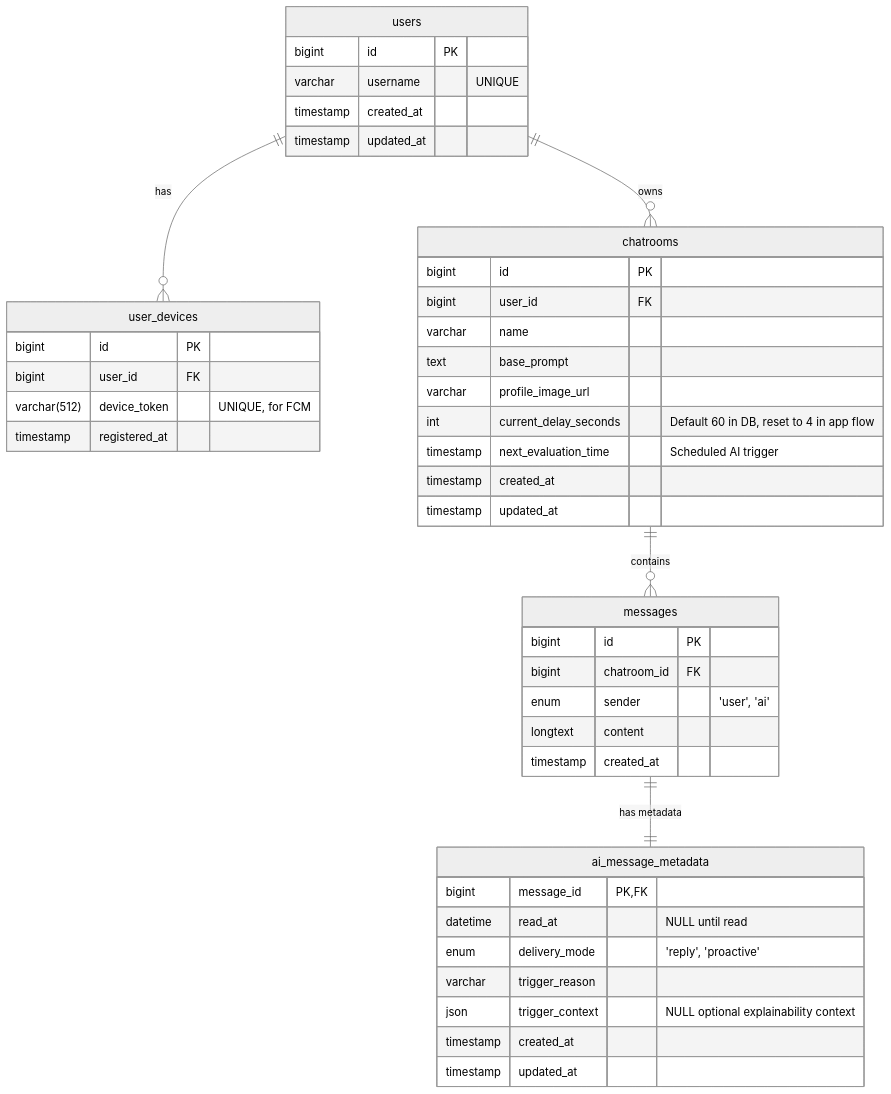
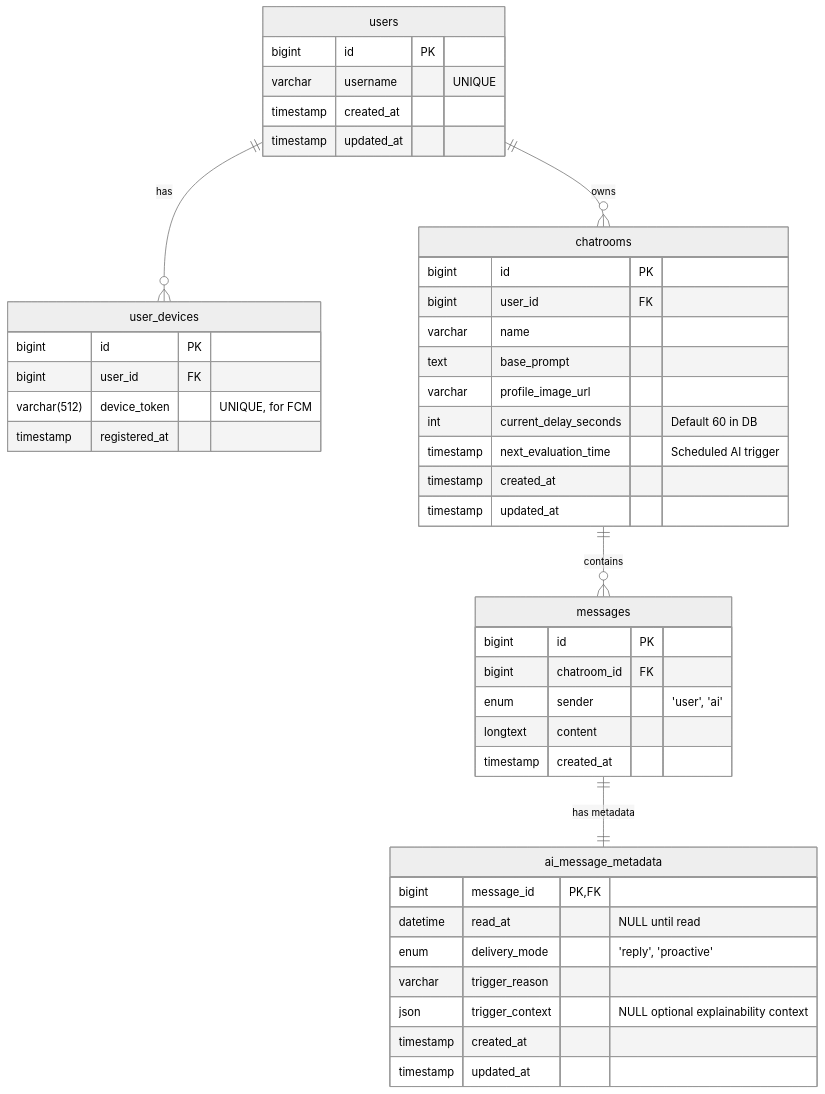
One commit to wndgur2/chatty changed the diagram in documents/SCHEMA.md. Above: the diagram before and after it, drawn with Mermaid (neutral theme). The commit also changed other lines of this file and 6 other files, not shown here.

````diff
--- a/documents/SCHEMA.md
+++ b/documents/SCHEMA.md
@@ -7,51 +8,51 @@
 ```mermaid
 erDiagram
     users ||--o{ user_devices : "has"
     users ||--o{ chatrooms : "owns"
     chatrooms ||--o{ messages : "contains"
     messages ||--|| ai_message_metadata : "has metadata"
 
     users {
         bigint id PK
         varchar username "UNIQUE"
         timestamp created_at
         timestamp updated_at
     }
 
     user_devices {
         bigint id PK
         bigint user_id FK
         varchar(512) device_token "UNIQUE, for FCM"
         timestamp registered_at
     }
 
     chatrooms {
         bigint id PK
         bigint user_id FK
         varchar name
         text base_prompt
         varchar profile_image_url
-        int current_delay_seconds "Default 60 in DB, reset to 4 in app flow"
+        int current_delay_seconds "Default 60 in DB"
         timestamp next_evaluation_time "Scheduled AI trigger"
         timestamp created_at
         timestamp updated_at
     }
 
     messages {
         bigint id PK
         bigint chatroom_id FK
         enum sender "'user', 'ai'"
         longtext content
         timestamp created_at
     }
 
     ai_message_metadata {
         bigint message_id PK, FK
         datetime read_at "NULL until read"
         enum delivery_mode "'reply', 'proactive'"
         varchar trigger_reason
         json trigger_context "NULL optional explainability context"
         timestamp created_at
         timestamp updated_at
     }
 ```
````
